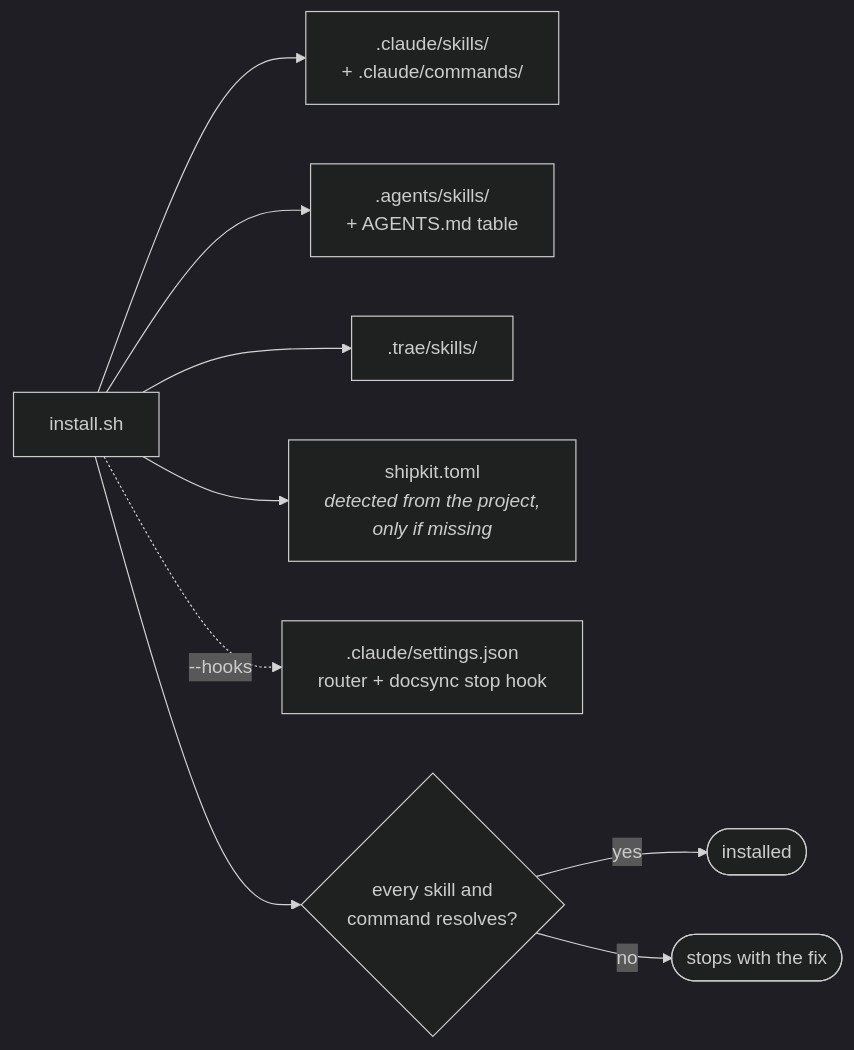
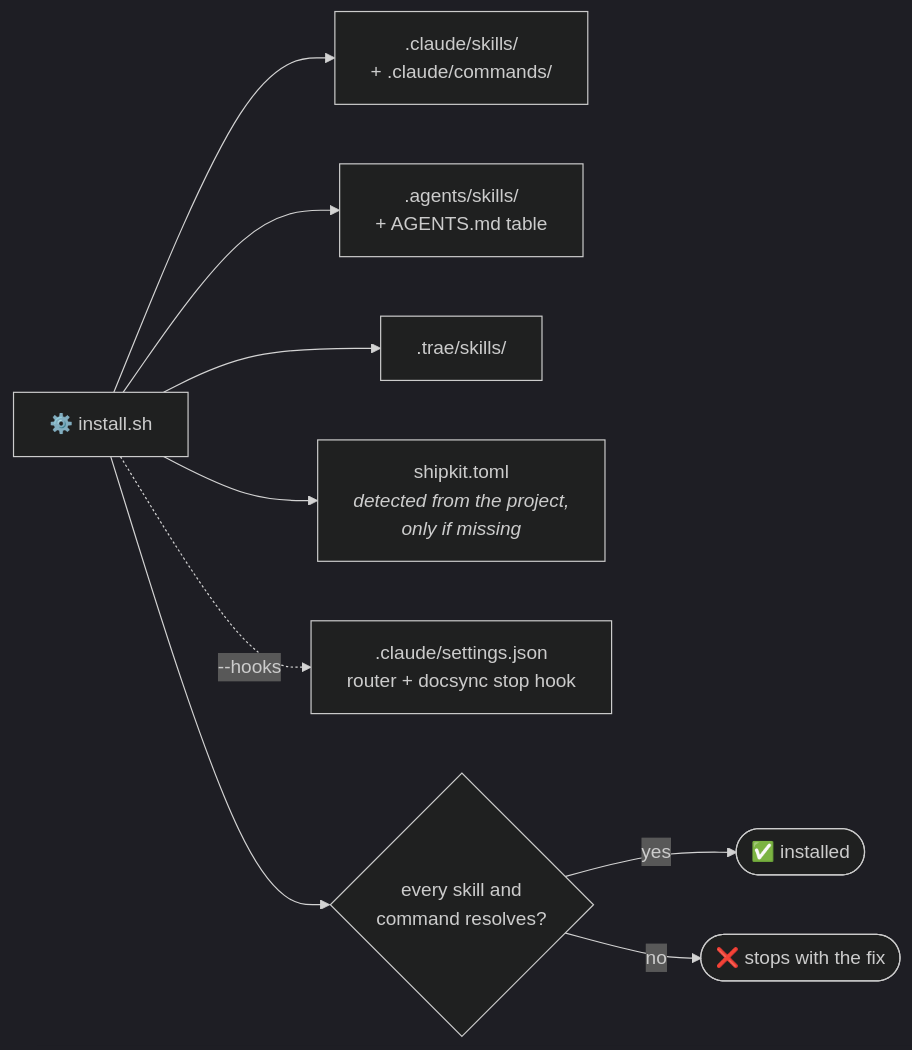
One commit to kshanxs/shipkit changed the sixth of 7 diagrams in README.md. Above: the diagram before and after it, drawn with Mermaid (dark theme). The commit also changed other lines of this file and 6 other files, not shown here.

````diff
--- a/README.md
+++ b/README.md
@@ -262,11 +262,11 @@
 ```mermaid
 flowchart LR
-    inst["install.sh"] --> claude[".claude/skills/<br/>+ .claude/commands/"]
+    inst["⚙️ install.sh"] --> claude[".claude/skills/<br/>+ .claude/commands/"]
     inst --> agents[".agents/skills/<br/>+ AGENTS.md table"]
     inst --> trae[".trae/skills/"]
     inst --> toml["shipkit.toml<br/><i>detected from the project,<br/>only if missing</i>"]
     inst -. "--hooks" .-> settings[".claude/settings.json<br/>router + docsync stop hook"]
     inst --> check{"every skill and<br/>command resolves?"}
-    check -- yes --> ok(["installed"])
-    check -- no --> fail(["stops with the fix"])
+    check -- yes --> ok(["✅ installed"])
+    check -- no --> fail(["❌ stops with the fix"])
 ```
````
